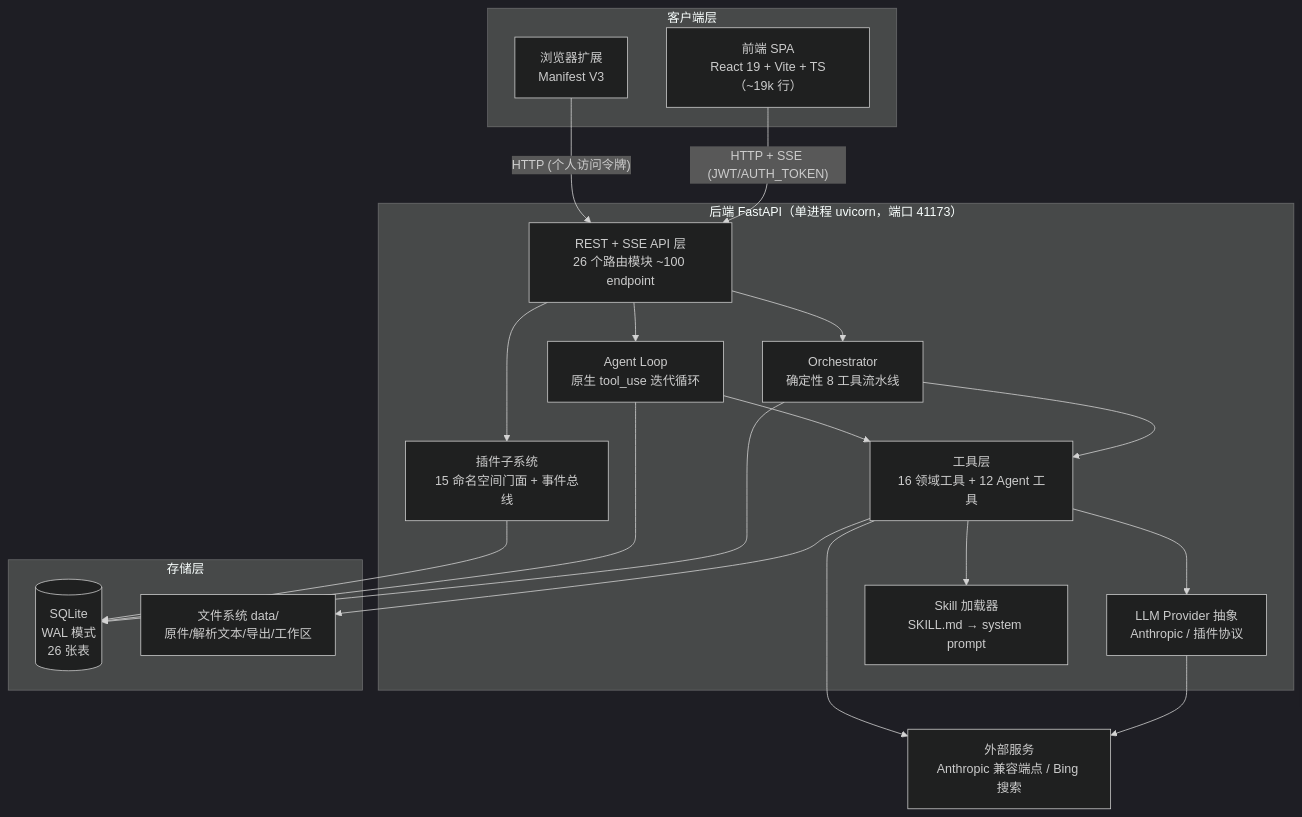
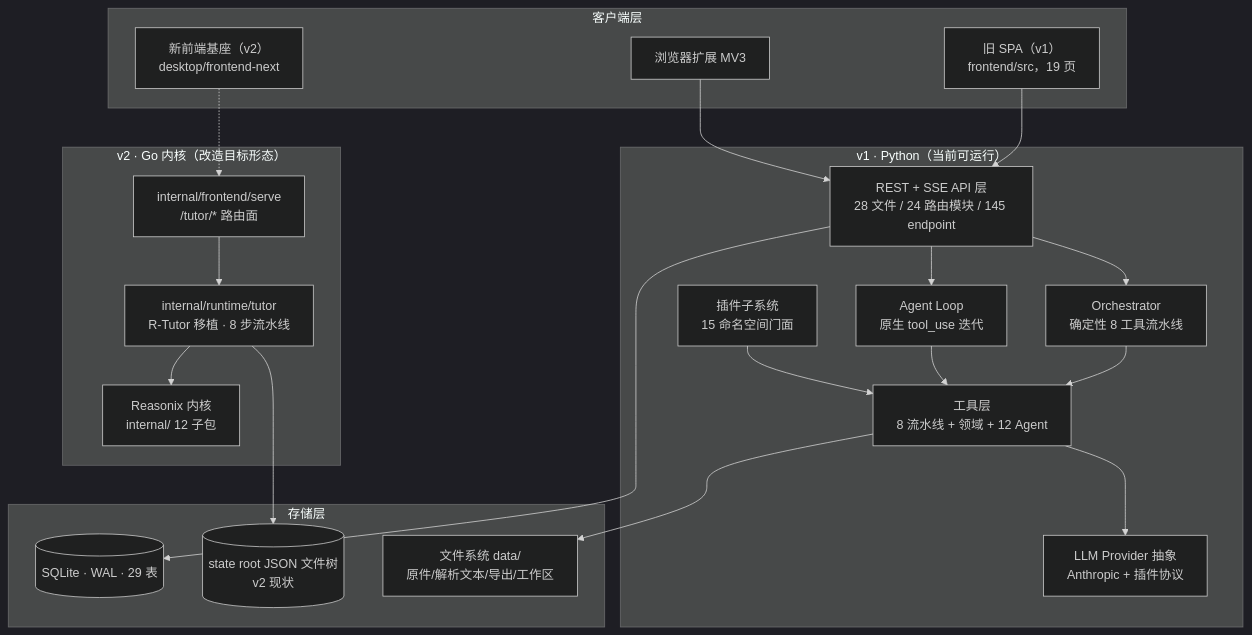
Before and after one commit to hershate/Deep-tutor: the diagram in note/00-INDEX.md, drawn with Mermaid (dark theme). The commit also changed other lines of this file, not shown here.

Commit message:
docs(note): 00-INDEX 重写——补双栈形态对照与规模基线表（实测：94 app py/22 614 行、177 测试文件/1462 用例、28 api 文件/24 路由模块/145 endpoint、29 表、26 迁移、73 ts/tsx/19 190 行、internal/ 4 819 go/774 044 行、cmd/ 5 入口），架构速览图改为 v1/v2 双层，核心结论按当前实现重写

````diff
--- a/note/00-INDEX.md
+++ b/note/00-INDEX.md
@@ -42,37 +64,37 @@
 ```mermaid
 flowchart TB
     subgraph Client["客户端层"]
-        FE["前端 SPA<br/>React 19 + Vite + TS（~19k 行）"]
-        EXT["浏览器扩展<br/>Manifest V3"]
+        FE["旧 SPA（v1）<br/>frontend/src，19 页"]
+        NEXT["新前端基座（v2）<br/>desktop/frontend-next"]
+        EXT["浏览器扩展 MV3"]
     end
-    subgraph Server["后端 FastAPI（单进程 uvicorn，端口 41173）"]
-        API["REST + SSE API 层<br/>26 个路由模块 ~100 endpoint"]
-        ORCH["Orchestrator<br/>确定性 8 工具流水线"]
-        AGENT["Agent Loop<br/>原生 tool_use 迭代循环"]
-        TOOLS["工具层<br/>16 领域工具 + 12 Agent 工具"]
-        LLM["LLM Provider 抽象<br/>Anthropic / 插件协议"]
-        PLUGINS["插件子系统<br/>15 命名空间门面 + 事件总线"]
-        SKILLS["Skill 加载器<br/>SKILL.md → system prompt"]
+    subgraph V1["v1 · Python（当前可运行）"]
+        API1["REST + SSE API 层<br/>28 文件 / 24 路由模块 / 145 endpoint"]
+        ORCH1["Orchestrator<br/>确定性 8 工具流水线"]
+        ALOOP1["Agent Loop<br/>原生 tool_use 迭代"]
+        TOOLS1["工具层<br/>8 流水线 + 领域 + 12 Agent"]
+        LLM1["LLM Provider 抽象<br/>Anthropic + 插件协议"]
+        PLUG1["插件子系统<br/>15 命名空间门面"]
+    end
+    subgraph V2["v2 · Go 内核（改造目标形态）"]
+        KERNEL["Reasonix 内核<br/>internal/ 12 子包"]
+        TUTOR["internal/runtime/tutor<br/>R-Tutor 移植 · 8 步流水线"]
+        SERVE["internal/frontend/serve<br/>/tutor/* 路由面"]
     end
     subgraph Storage["存储层"]
-        SQLITE[("SQLite<br/>WAL 模式<br/>26 张表")]
+        SQLITE[("SQLite · WAL · 29 表")]
+        JSONT[("state root JSON 文件树<br/>v2 现状")]
         FS["文件系统 data/<br/>原件/解析文本/导出/工作区"]
     end
-    EXTN["外部服务<br/>Anthropic 兼容端点 / Bing 搜索"]
 
-    FE -- "HTTP + SSE (JWT/AUTH_TOKEN)" --> API
-    EXT -- "HTTP (个人访问令牌)" --> API
-    API --> ORCH
-    API --> AGENT
-    ORCH --> TOOLS
-    AGENT --> TOOLS
-    TOOLS --> LLM
-    TOOLS --> SKILLS
-    LLM --> EXTN
-    TOOLS --> EXTN
-    API --> PLUGINS
-    ORCH --> SQLITE
-    AGENT --> SQLITE
-    TOOLS --> FS
-    PLUGINS --> SQLITE
+    FE --> API1
+    EXT --> API1
+    API1 --> ORCH1 & ALOOP1
+    ORCH1 & ALOOP1 --> TOOLS1 --> LLM1
+    PLUG1 --> TOOLS1
+    API1 --> SQLITE
+    TOOLS1 --> FS
+    SERVE --> TUTOR --> KERNEL
+    TUTOR --> JSONT
+    NEXT -.-> SERVE
 ```
````
